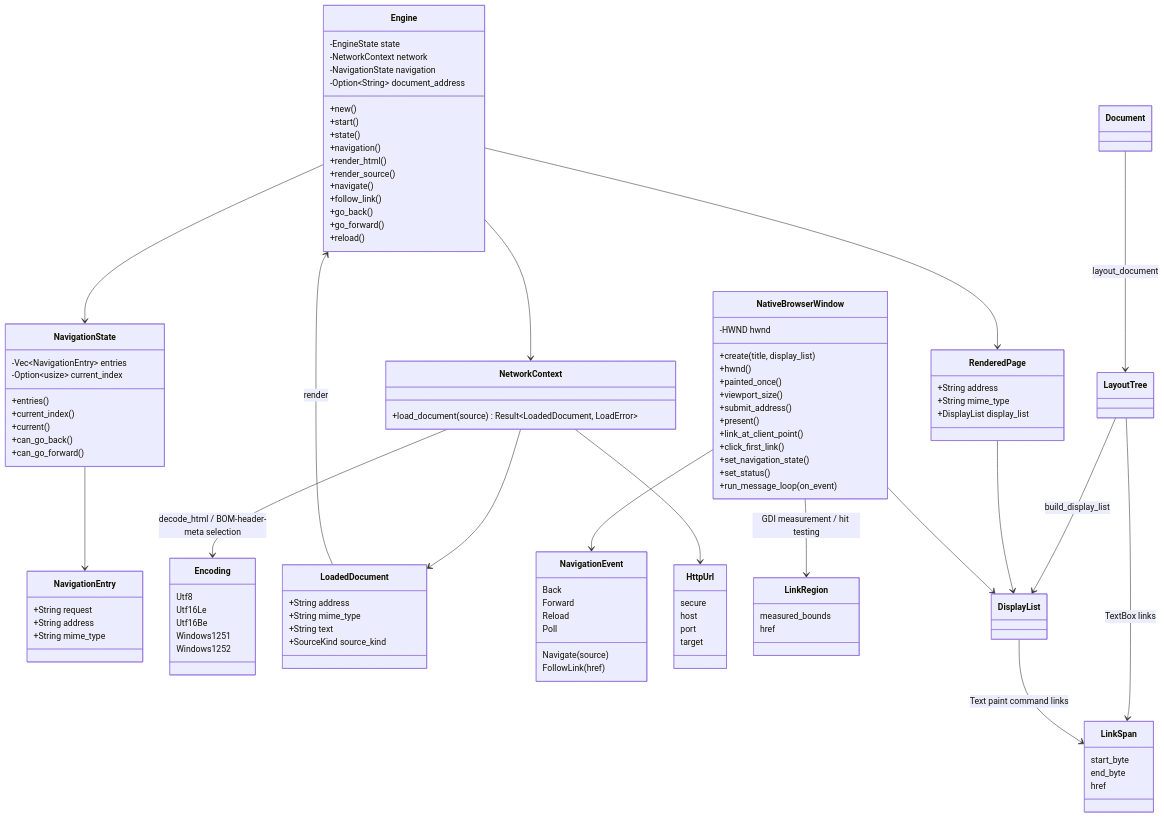
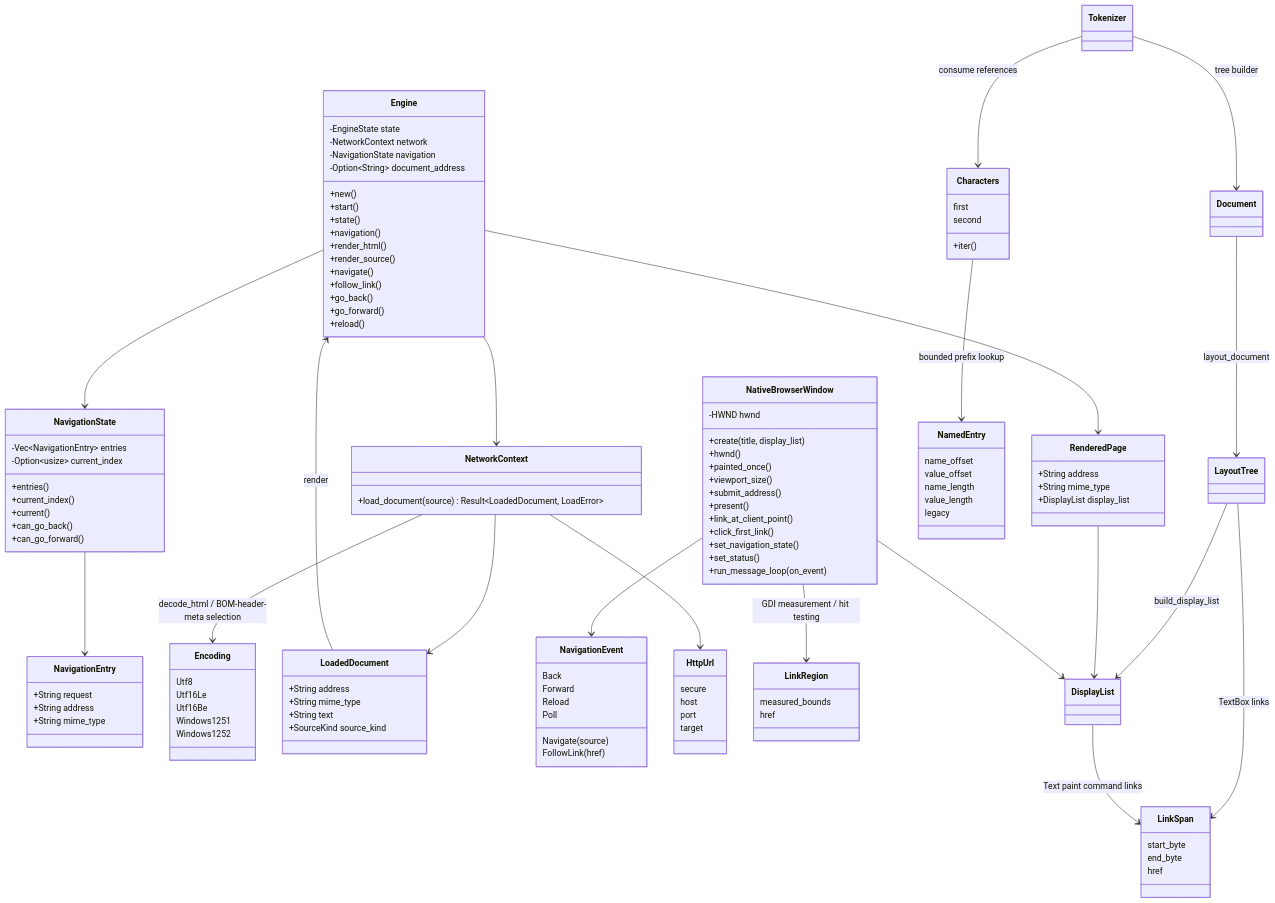
One commit to Gerbesh/OPBrowser changed the second of 2 diagrams in docs/CODE_GRAPH.md. Above: the diagram before and after it, drawn with Mermaid. The commit also changed other lines of this file and 19 other files, not shown here.

```diff
--- a/docs/CODE_GRAPH.md
+++ b/docs/CODE_GRAPH.md
@@ -134,6 +134,19 @@
     }
 
     class Document
+    class Tokenizer
+    class Characters {
+        first
+        second
+        +iter()
+    }
+    class NamedEntry {
+        name_offset
+        value_offset
+        name_length
+        value_length
+        legacy
+    }
     class LayoutTree
     class LinkSpan {
         start_byte
@@ -154,6 +167,9 @@
     NetworkContext --> Encoding : decode_html / BOM-header-meta selection
     Engine --> RenderedPage
     LoadedDocument --> Engine : render
+    Tokenizer --> Characters : consume references
+    Characters --> NamedEntry : bounded prefix lookup
+    Tokenizer --> Document : tree builder
     Document --> LayoutTree : layout_document
     LayoutTree --> DisplayList : build_display_list
     LayoutTree --> LinkSpan : TextBox links
```
